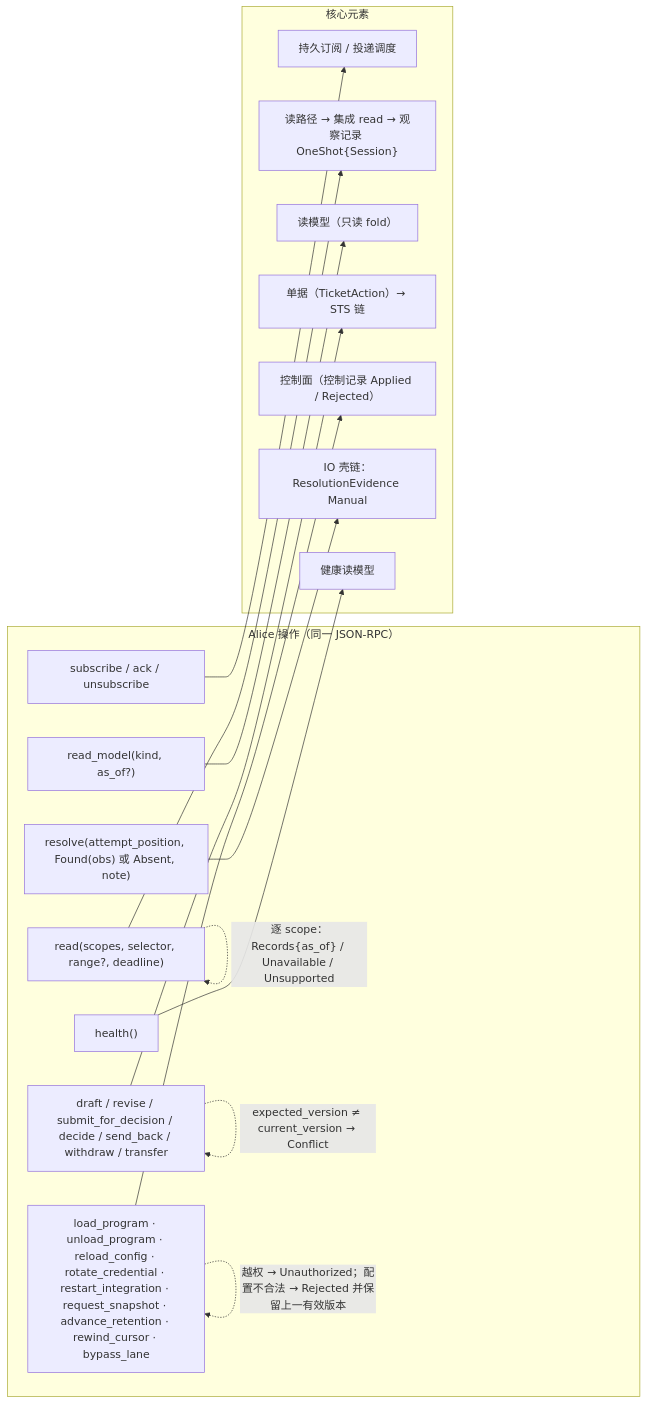
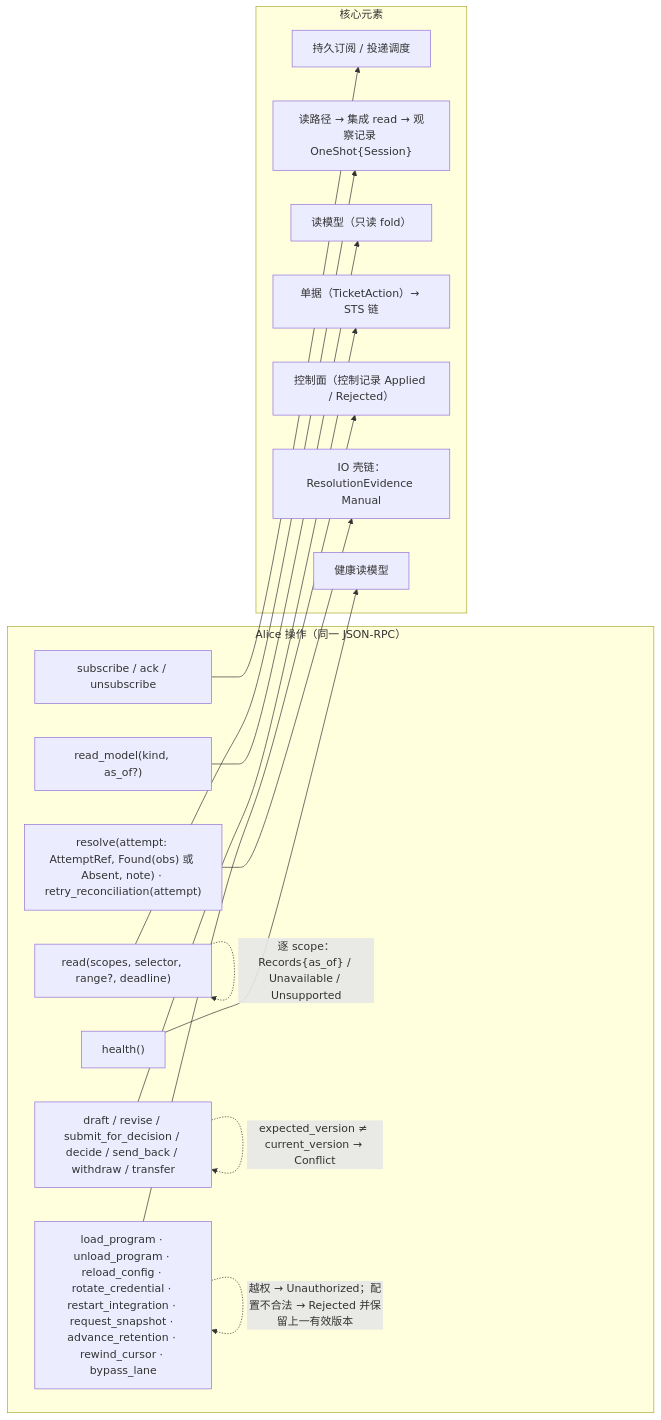
One commit to mouriya-s-lab/uta changed the second of 4 diagrams in design/diagrams/09-alice-session.md. Above: the diagram before and after it, drawn with Mermaid. The commit also changed other lines of this file and 9 other files, not shown here.

Commit message:
设计：并入 astra 复核——腿身份 AttemptRef、回执/证据字节归执行事实、EffectResponse 完成事实、AwaitingTargetTerminal 有界出口、ReconciliationReopened 重开取证、取证记录矩阵（Unavailable 不算取证）、lane 集合语义贯通、恢复先判 Resolved、alignment 读当前流末 + checked_as_of、一版一决 Conflict(AlreadyDecided)、Lag/完备位置切面、唯一边=类型依赖与语义消费、XA 类比改设计标签；图 D1–D9 同步

````diff
--- a/design/diagrams/09-alice-session.md
+++ b/design/diagrams/09-alice-session.md
@@ -45,31 +45,31 @@
 ```mermaid
 flowchart LR
   subgraph OPS["Alice 操作（同一 JSON-RPC）"]
     S1["subscribe / ack / unsubscribe"]
     S2["read(scopes, selector, range?, deadline)"]
     S3["read_model(kind, as_of?)"]
     S4["draft / revise / submit_for_decision / decide / send_back / withdraw / transfer"]
     S5["load_program · unload_program · reload_config · rotate_credential · restart_integration · request_snapshot · advance_retention · rewind_cursor · bypass_lane"]
-    S6["resolve(attempt_position, Found(obs) 或 Absent, note)"]
+    S6["resolve(attempt: AttemptRef, Found(obs) 或 Absent, note) · retry_reconciliation(attempt)"]
     S7["health()"]
   end
   subgraph EL["核心元素"]
     SUB["持久订阅 / 投递调度"]
     RDP["读路径 → 集成 read → 观察记录 OneShot{Session}"]
     RM["读模型（只读 fold）"]
     TK["单据（TicketAction）→ STS 链"]
     CTL["控制面（控制记录 Applied / Rejected）"]
     IOR["IO 壳链：ResolutionEvidence Manual"]
     HL["健康读模型"]
   end
   S1 --> SUB
   S2 --> RDP
   S3 --> RM
   S4 --> TK
   S5 --> CTL
   S6 --> IOR
   S7 --> HL
   S2 -.->|"逐 scope：Records{as_of} / Unavailable / Unsupported"| S2
   S4 -.->|"expected_version ≠ current_version → Conflict"| S4
   S5 -.->|"越权 → Unauthorized；配置不合法 → Rejected 并保留上一有效版本"| S5
 ```
````
